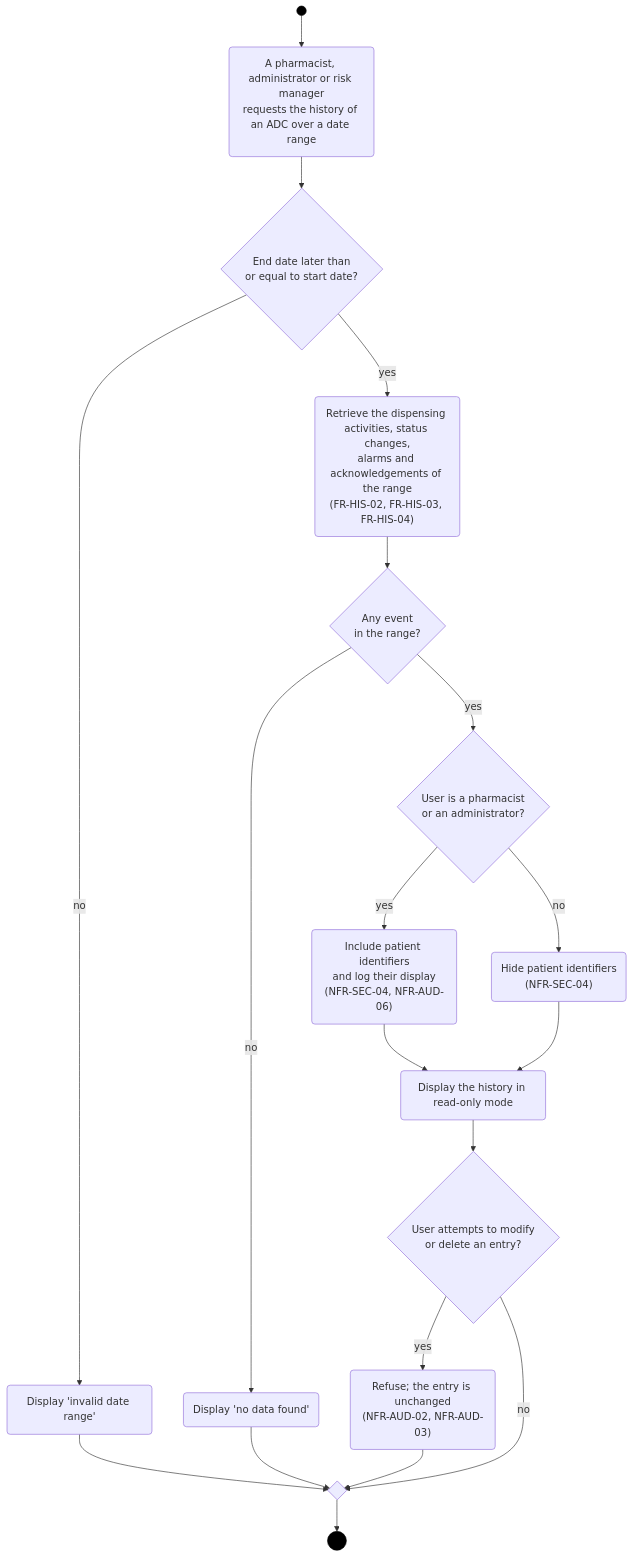
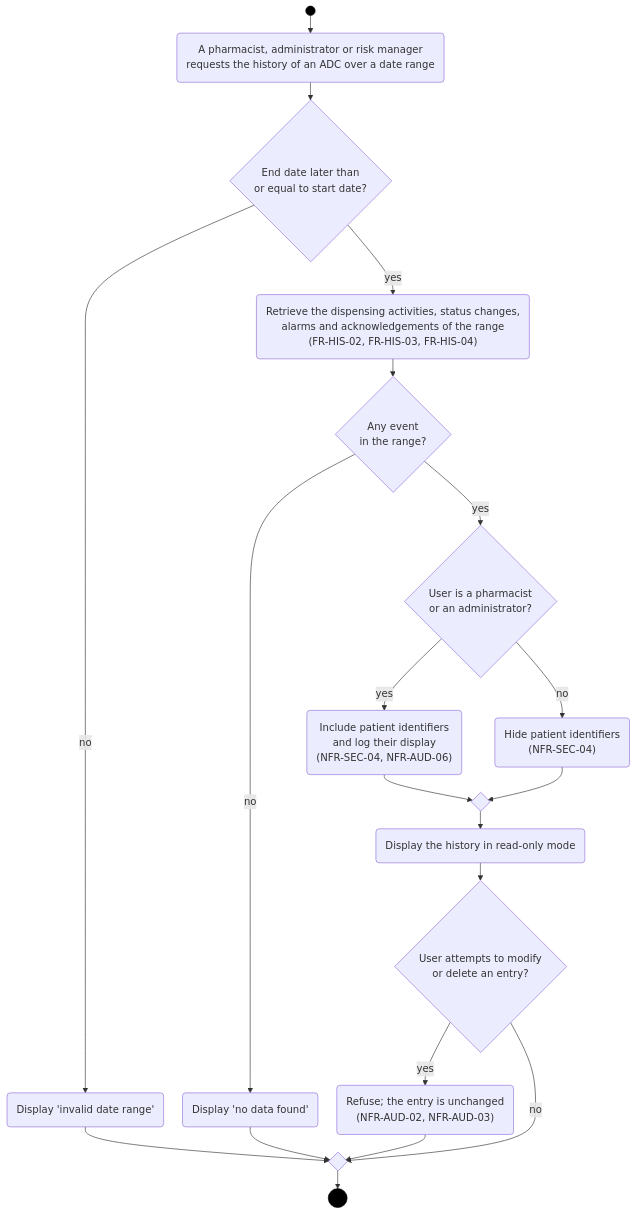
The fourth of 4 diagrams in docs/part-b/deliverable-1/diagrams/activity-diagram.md (LukaMrt/3K04-project), drawn with Mermaid before and after one commit. The commit also changed other lines of this file and 9 other files, not shown here.

````diff
--- a/docs/part-b/deliverable-1/diagrams/activity-diagram.md
+++ b/docs/part-b/deliverable-1/diagrams/activity-diagram.md
@@ -95,26 +104,28 @@
 ```mermaid
+%%{init: {"flowchart": {"wrappingWidth": 600, "rankSpacing": 28, "nodeSpacing": 30}}}%%
 flowchart TD
     Start((" ")) --> Request("A pharmacist, administrator or risk manager<br/>requests the history of an ADC over a date range")
     Request --> Valid{"End date later than<br/>or equal to start date?"}
     Valid -- "no" --> Invalid("Display 'invalid date range'")
     Valid -- "yes" --> Retrieve("Retrieve the dispensing activities, status changes,<br/>alarms and acknowledgements of the range<br/>(FR-HIS-02, FR-HIS-03, FR-HIS-04)")
     Retrieve --> Any{"Any event<br/>in the range?"}
     Any -- "no" --> NoData("Display 'no data found'")
     Any -- "yes" --> Role{"User is a pharmacist<br/>or an administrator?"}
     Role -- "yes" --> WithId("Include patient identifiers<br/>and log their display<br/>(NFR-SEC-04, NFR-AUD-06)")
     Role -- "no" --> NoId("Hide patient identifiers<br/>(NFR-SEC-04)")
-    WithId --> Show("Display the history in read-only mode")
-    NoId --> Show
+    WithId --> MShow{" "}
+    NoId --> MShow
+    MShow --> Show("Display the history in read-only mode")
     Show --> Alter{"User attempts to modify<br/>or delete an entry?"}
     Alter -- "yes" --> Refuse("Refuse; the entry is unchanged<br/>(NFR-AUD-02, NFR-AUD-03)")
     Alter -- "no" --> M{" "}
     Refuse --> M
     Invalid --> M
     NoData --> M
     M --> End(((" ")))
 
     classDef initial fill:#000,stroke:#000;
     classDef final fill:#000,stroke:#000;
     class Start initial;
     class End final;
 ```
````
